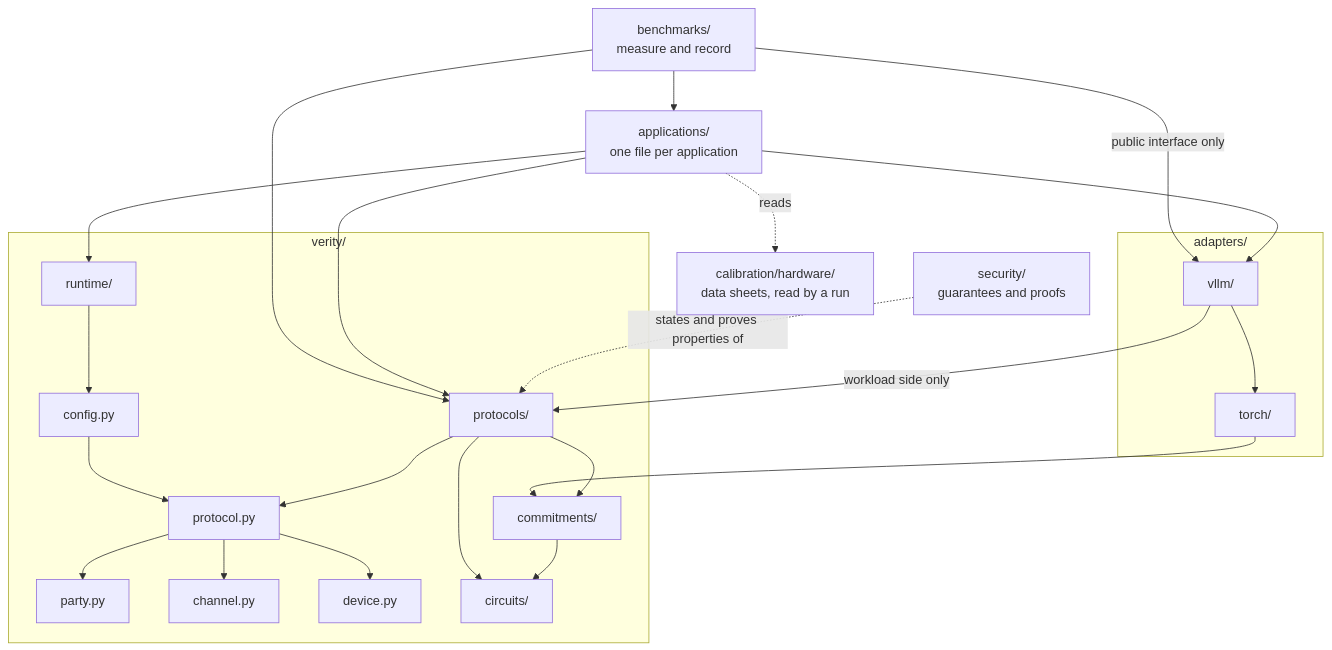
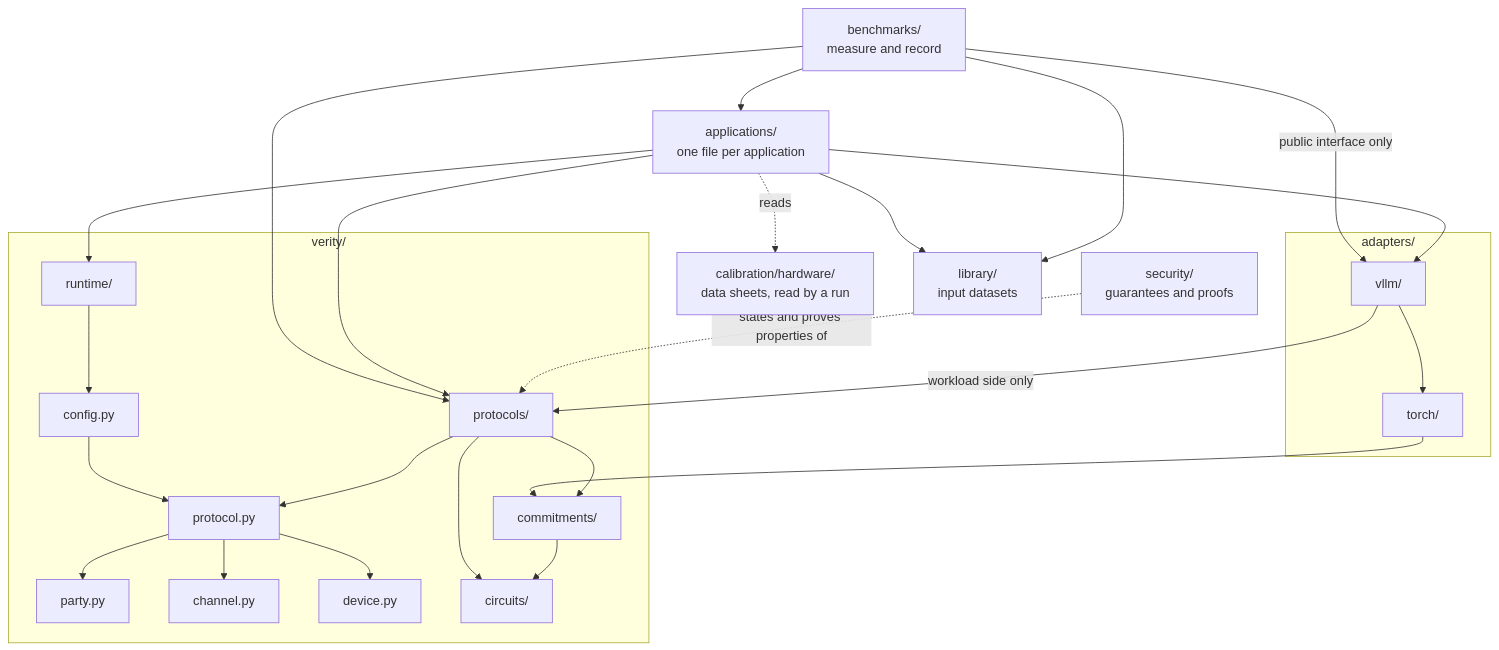
Before and after one commit to compute-verification/verity: the third of 5 diagrams in ARCHITECTURE.md, drawn with Mermaid. The commit also changed other lines of this file, not shown here.

Commit message:
ARCHITECTURE.md: four protocols with run as the orchestrator, the workload as private input, hardware as a public parameter, library/, adapters, Lean as the only verifier

````diff
--- a/ARCHITECTURE.md
+++ b/ARCHITECTURE.md
@@ -115,42 +116,44 @@
 ```mermaid
 flowchart TD
     bench["benchmarks/<br/>measure and record"]
     apps["applications/<br/>one file per application"]
     hw["calibration/hardware/<br/>data sheets, read by a run"]
     subgraph adapters["adapters/"]
         vllm["vllm/"]
         torch["torch/"]
     end
     subgraph verity["verity/"]
         runtime["runtime/"]
         config["config.py"]
         protocol["protocol.py"]
         party["party.py"]
         channel["channel.py"]
         device["device.py"]
         protocols["protocols/"]
         commitments["commitments/"]
         circuits["circuits/"]
     end
     security["security/<br/>guarantees and proofs"]
     bench --> apps
     bench --> protocols
     bench -- "public interface only" --> vllm
     apps --> runtime
     apps --> vllm
     apps --> protocols
     apps -. "reads" .-> hw
+    apps --> lib["library/<br/>input datasets"]
+    bench --> lib
     vllm --> torch
     vllm -- "workload side only" --> protocols
     torch --> commitments
     runtime --> config
     config --> protocol
     protocol --> party
     protocol --> channel
     protocol --> device
     protocols --> protocol
     protocols --> commitments
     protocols --> circuits
     commitments --> circuits
     security -. "states and proves properties of" .-> protocols
 ```
````
